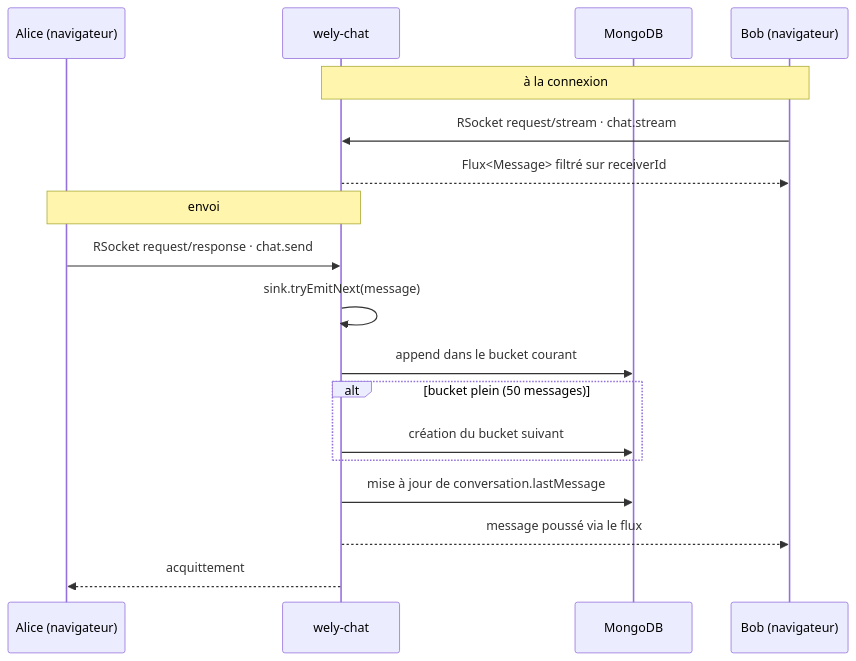
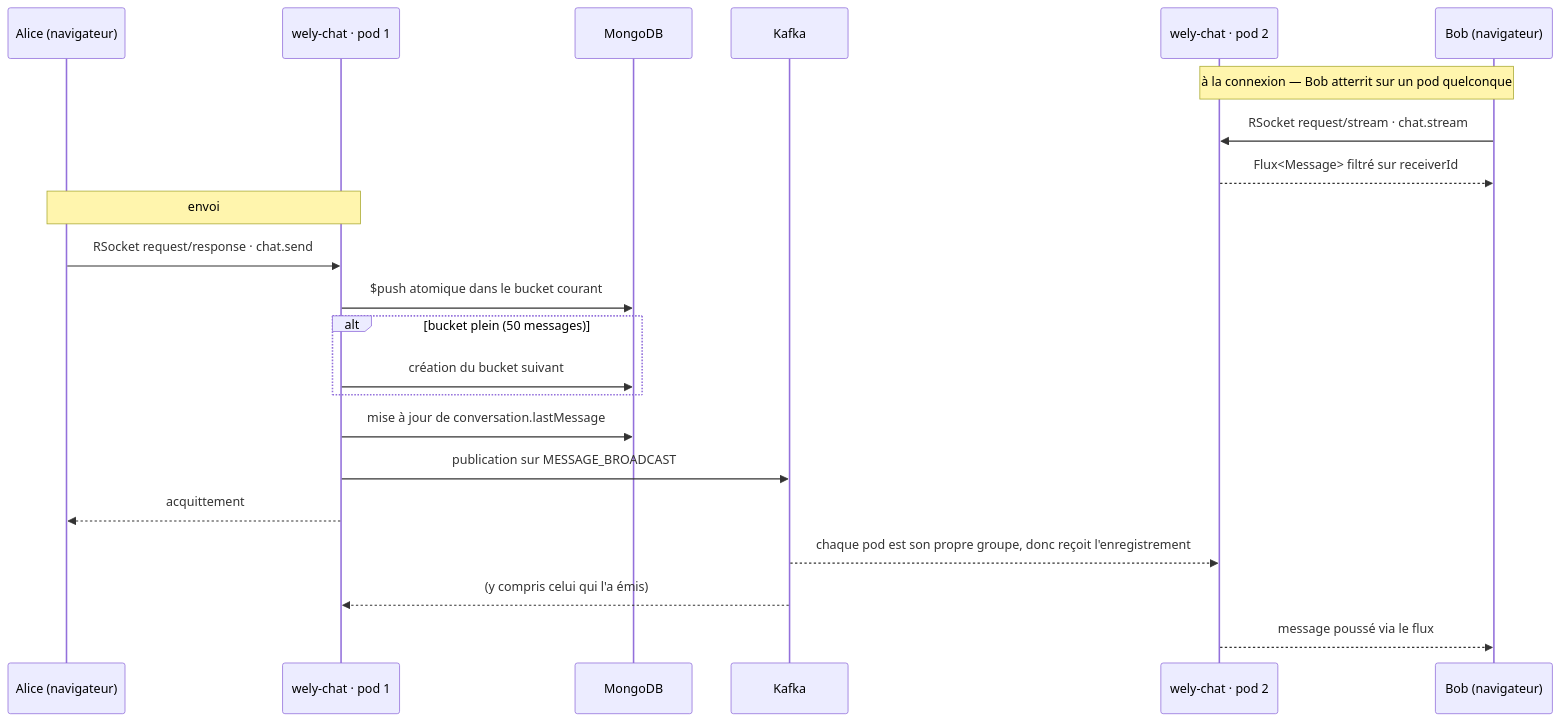
Before and after one commit to WelyLabs/wely-chat: the diagram in README.md, drawn with Mermaid. The commit also changed other lines of this file and 18 other files, not shown here.

````diff
--- a/README.md
+++ b/README.md
@@ -126,22 +129,26 @@
 ```mermaid
 sequenceDiagram
     participant A as Alice (navigateur)
-    participant S as wely-chat
+    participant S1 as wely-chat · pod 1
     participant DB as MongoDB
+    participant K as Kafka
+    participant S2 as wely-chat · pod 2
     participant B as Bob (navigateur)
 
-    Note over B,S: à la connexion
-    B->>S: RSocket request/stream · chat.stream
-    S-->>B: Flux<Message> filtré sur receiverId
+    Note over B,S2: à la connexion — Bob atterrit sur un pod quelconque
+    B->>S2: RSocket request/stream · chat.stream
+    S2-->>B: Flux<Message> filtré sur receiverId
 
-    Note over A,S: envoi
-    A->>S: RSocket request/response · chat.send
-    S->>S: sink.tryEmitNext(message)
-    S->>DB: append dans le bucket courant
+    Note over A,S1: envoi
+    A->>S1: RSocket request/response · chat.send
+    S1->>DB: $push atomique dans le bucket courant
     alt bucket plein (50 messages)
-        S->>DB: création du bucket suivant
+        S1->>DB: création du bucket suivant
     end
-    S->>DB: mise à jour de conversation.lastMessage
-    S-->>B: message poussé via le flux
-    S-->>A: acquittement
+    S1->>DB: mise à jour de conversation.lastMessage
+    S1->>K: publication sur MESSAGE_BROADCAST
+    S1-->>A: acquittement
+    K-->>S2: chaque pod est son propre groupe, donc reçoit l'enregistrement
+    K-->>S1: (y compris celui qui l'a émis)
+    S2-->>B: message poussé via le flux
 ```
````
